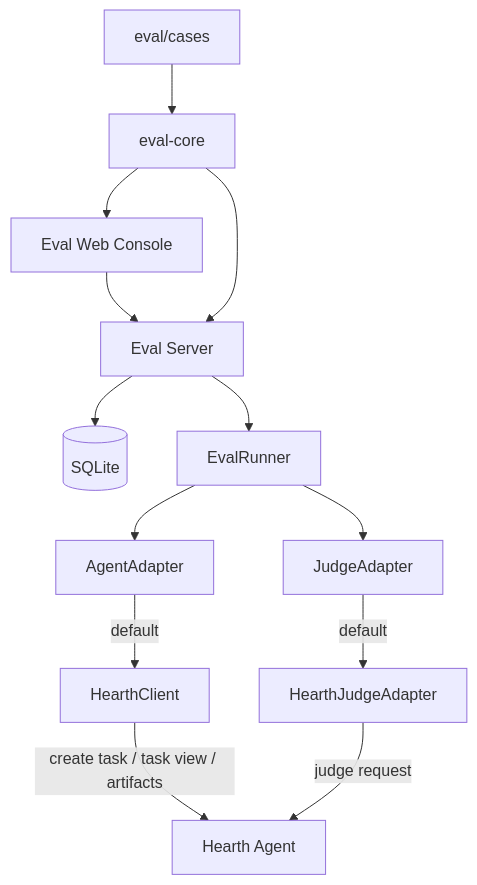
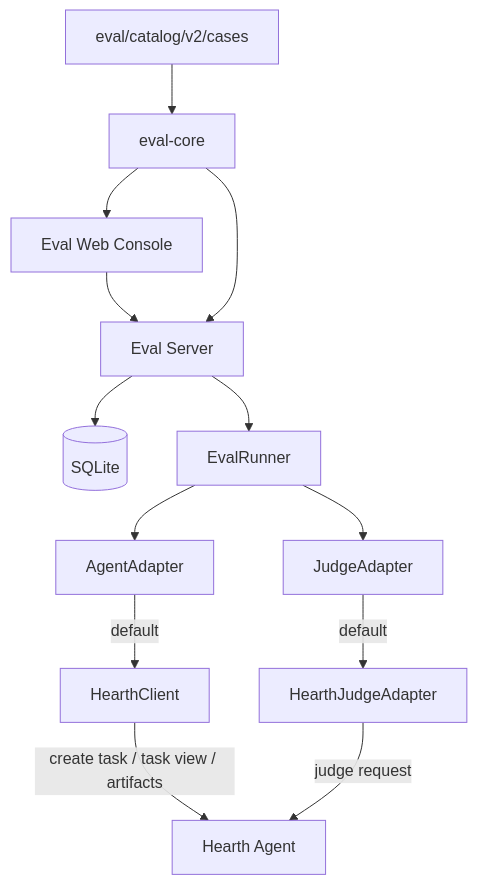
The diagram in docs/guide/architecture.md (hearthproject/hearth-eval), drawn with Mermaid before and after one commit. The commit also changed other lines of this file and 11 other files, not shown here.

````diff
--- a/docs/guide/architecture.md
+++ b/docs/guide/architecture.md
@@ -10,15 +10,15 @@
 ```mermaid
 flowchart TB
   UI[Eval Web Console] --> API[Eval Server]
   API --> STORE[(SQLite)]
   API --> RUNNER[EvalRunner]
   RUNNER --> AA[AgentAdapter]
   RUNNER --> JA[JudgeAdapter]
   AA -->|default| HC[HearthClient]
   JA -->|default| HJ[HearthJudgeAdapter]
   HC -->|create task / task view / artifacts| HEARTH[Hearth Agent]
   HJ -->|judge request| HEARTH
   CORE[eval-core] --> API
   CORE --> UI
-  CASE[eval/cases] --> CORE
+  CASE[eval/catalog/v2/cases] --> CORE
 ```
````
